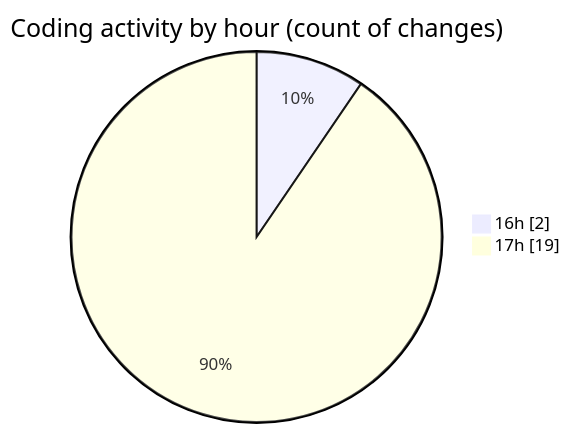
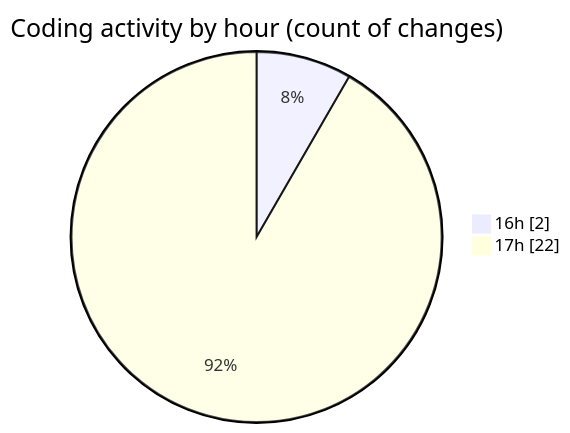
Before and after one commit to Elitesun/code-tracking: the second of 2 diagrams in 2025-01-24/react/README.md, drawn with Mermaid. The commit also changed other lines of this file and 1 other file, not shown here.

````diff
--- a/2025-01-24/react/README.md
+++ b/2025-01-24/react/README.md
@@ -33,6 +33,6 @@
 ```mermaid
 pie showData
 title Coding activity by hour (count of changes)
 "16h" : 2
-"17h" : 19
+"17h" : 22
 ```
````
